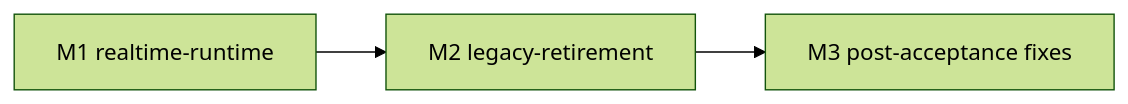
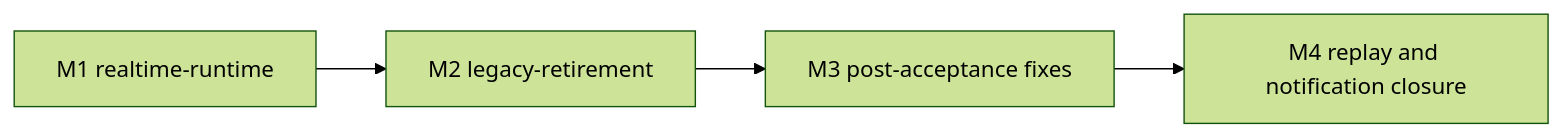
One commit to Mrchen116/nano-multiagent changed the fourth of 4 diagrams in docs/changes/refactor-460-web-im-client-runtime/design.md. Above: the diagram before and after it, drawn with Mermaid (forest theme). The commit also changed other lines of this file and 1 other file, not shown here.

````diff
--- a/docs/changes/refactor-460-web-im-client-runtime/design.md
+++ b/docs/changes/refactor-460-web-im-client-runtime/design.md
@@ -404,4 +405,4 @@
 ```mermaid
 graph LR
-    M1["M1 realtime-runtime"] --> M2["M2 legacy-retirement"] --> M3["M3 post-acceptance fixes"]
+    M1["M1 realtime-runtime"] --> M2["M2 legacy-retirement"] --> M3["M3 post-acceptance fixes"] --> M4["M4 replay and notification closure"]
 ```
````
